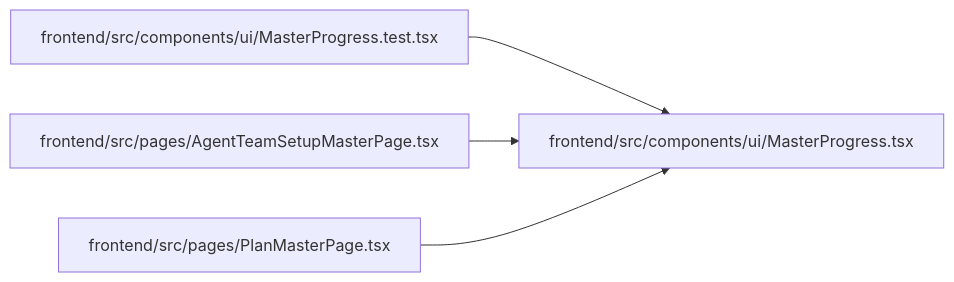
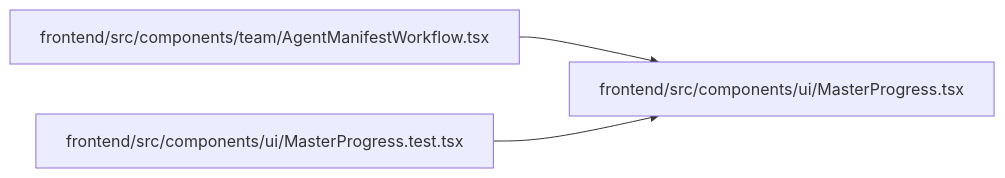
Before and after one commit to Denissvgn/WorkChord: the diagram in docs/llm_wiki/modules/MasterProgress.md, drawn with Mermaid. The commit also changed other lines of this file and 2373 other files, not shown here.

````diff
--- a/docs/llm_wiki/modules/MasterProgress.md
+++ b/docs/llm_wiki/modules/MasterProgress.md
@@ -18,14 +18,11 @@
 ```mermaid
 flowchart LR
-    n0["frontend/src/components/ui/MasterProgress.test.tsx"]
-    n1["frontend/src/components/ui/MasterProgress.tsx"]
-    n2["frontend/src/pages/AgentTeamSetupMasterPage.tsx"]
-    n3["frontend/src/pages/PlanMasterPage.tsx"]
-    n0 --> n1
-    n2 --> n1
-    n3 --> n1
-    click n0 "../modules/MasterProgress.test.md"
-    click n1 "../modules/MasterProgress.md"
-    click n2 "../modules/AgentTeamSetupMasterPage.md"
-    click n3 "../modules/PlanMasterPage.md"
+    n0["frontend/src/components/team/AgentManifestWorkflow.tsx"]
+    n1["frontend/src/components/ui/MasterProgress.test.tsx"]
+    n2["frontend/src/components/ui/MasterProgress.tsx"]
+    n0 --> n2
+    n1 --> n2
+    click n0 "../modules/AgentManifestWorkflow.md"
+    click n1 "../modules/MasterProgress.test.md"
+    click n2 "../modules/MasterProgress.md"
 ```
````
